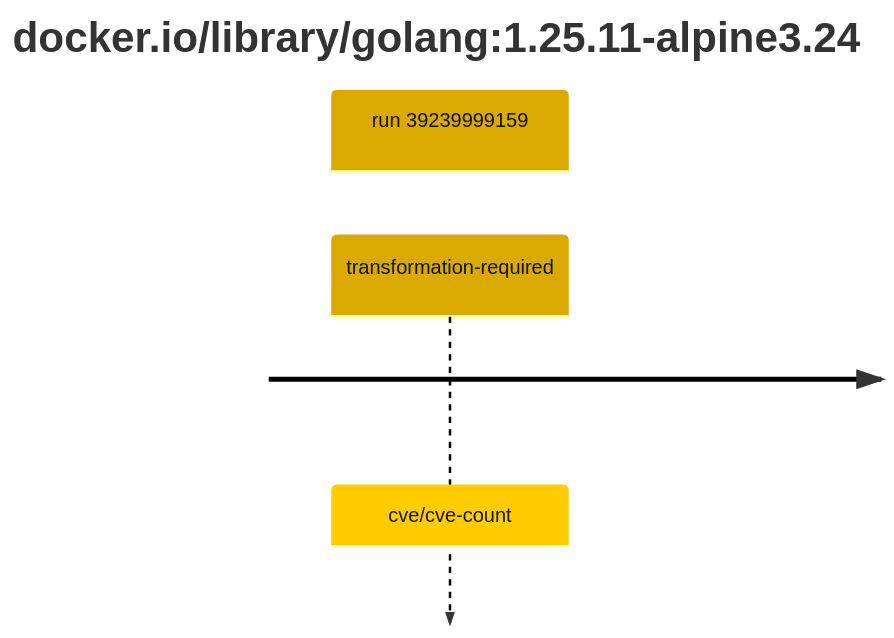
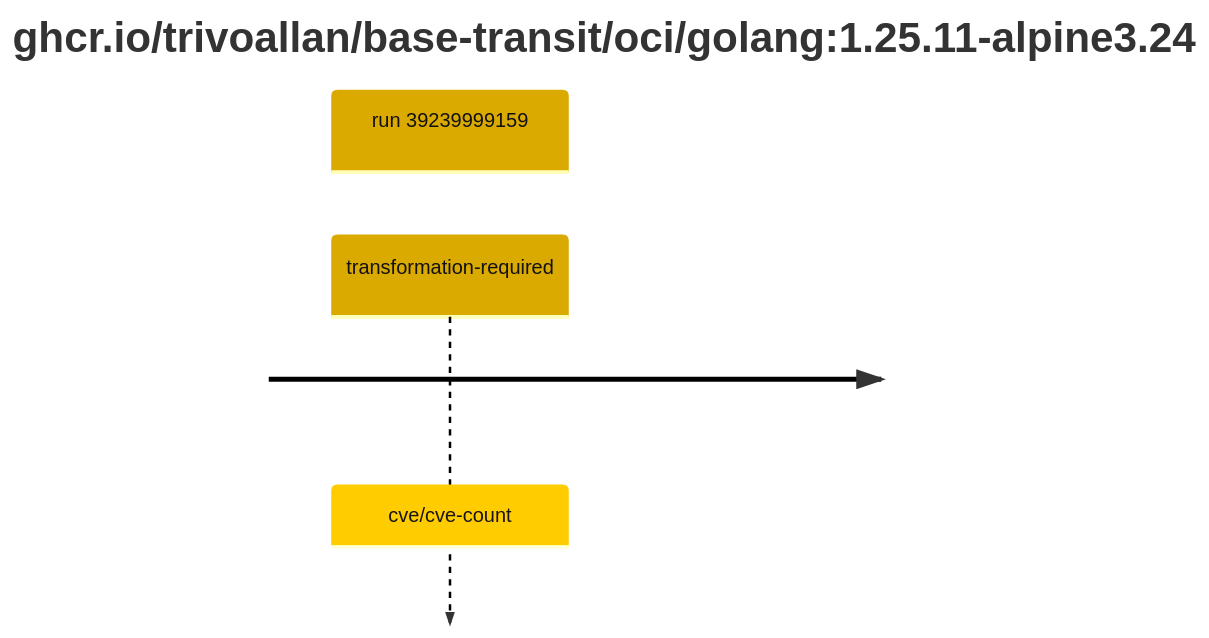
Before and after one commit to trivoallan/base-images: the second of 2 diagrams in results/reports/golang-1/sha256:523c3effe300580ed375e43f43b1c9b091b68e935a7c3a92bfcc4e7ed55b18c2/39239999159-1.md, drawn with Mermaid. The commit also changed other lines of this file and 12 other files, not shown here.

````diff
--- a/results/reports/golang-1/sha256:523c3effe300580ed375e43f43b1c9b091b68e935a7c3a92bfcc4e7ed55b18c2/39239999159-1.md
+++ b/results/reports/golang-1/sha256:523c3effe300580ed375e43f43b1c9b091b68e935a7c3a92bfcc4e7ed55b18c2/39239999159-1.md
@@ -5,7 +24,7 @@
 ```mermaid
 %%{init: {"theme": "default", "themeVariables": {"cScale0": "#daaa00", "cScaleLabel0": "#121212"}}}%%
 timeline
-    title docker.io/library/golang#58;1.25.11-alpine3.24
+    title ghcr.io/trivoallan/base-transit/oci/golang#58;1.25.11-alpine3.24
     section run 39239999159
         transformation-required : cve/cve-count
 ```
````
